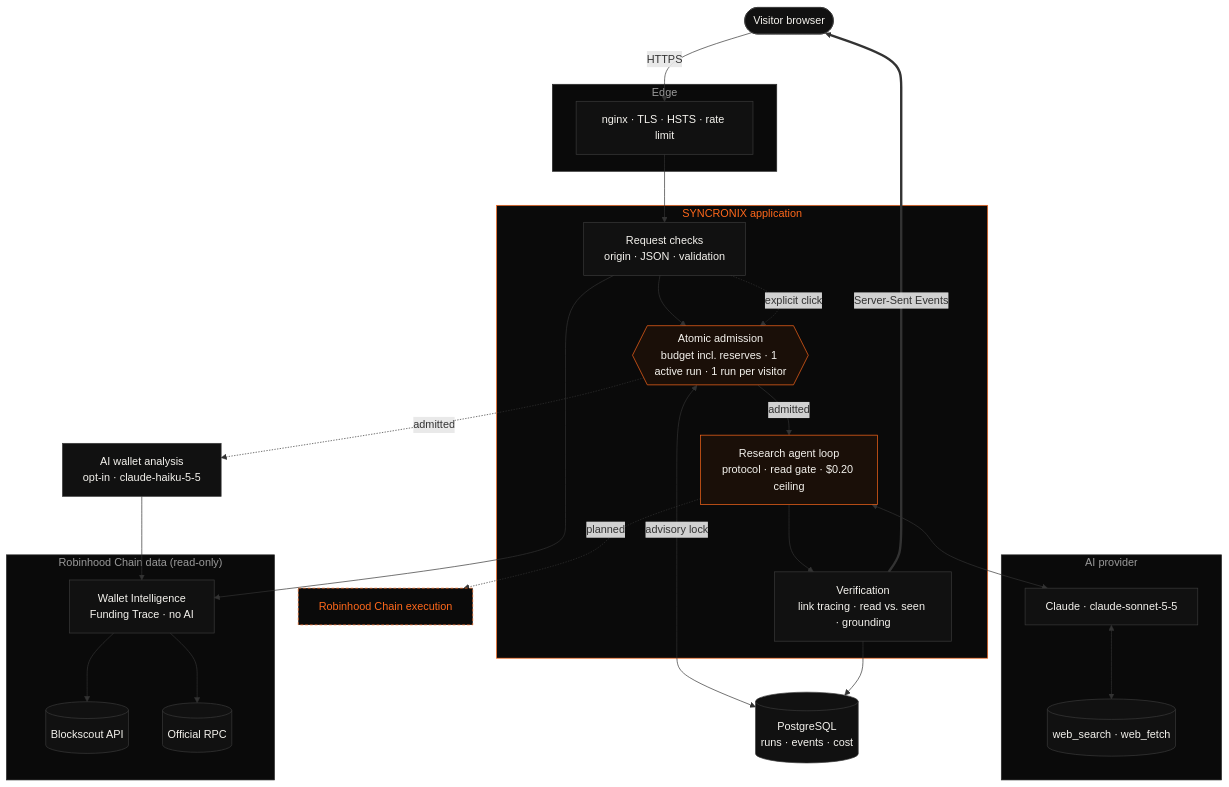
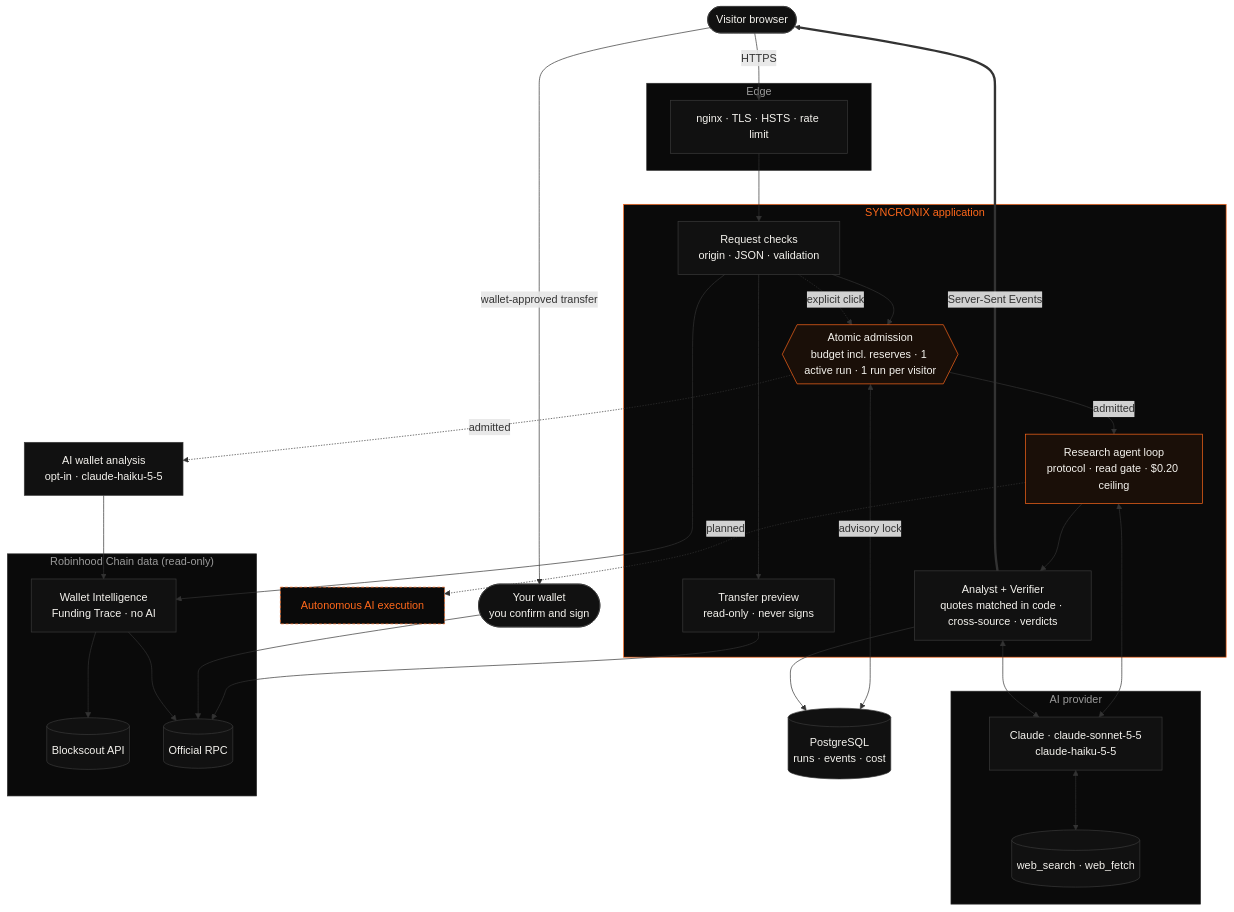
Before and after one commit to SyncronixLabs/SyncronixLabs: the first of 3 diagrams in README.md, drawn with Mermaid. The commit also changed other lines of this file and 1 other file, not shown here.

Commit message:
Profile: whitepaper and getting-started links, verified milestones, updated diagrams, security policy

````diff
--- a/README.md
+++ b/README.md
@@ -132,46 +136,51 @@
 ```mermaid
 flowchart TB
     U(["Visitor browser"])
     subgraph EDGE["Edge"]
       N["nginx · TLS · HSTS · rate limit"]
     end
     subgraph APP["SYNCRONIX application"]
       A["Request checks<br/>origin · JSON · validation"]
       G{{"Atomic admission<br/>budget incl. reserves · 1 active run · 1 run per visitor"}}
       R["Research agent loop<br/>protocol · read gate · $0.20 ceiling"]
-      V["Verification<br/>link tracing · read vs. seen · grounding"]
+      V["Analyst + Verifier<br/>quotes matched in code · cross-source · verdicts"]
+      X["Transfer preview<br/>read-only · never signs"]
     end
     subgraph AI["AI provider"]
-      C["Claude · claude-sonnet-5-5"]
+      C["Claude · claude-sonnet-5-5<br/>claude-haiku-5-5"]
       W[("web_search · web_fetch")]
     end
     P[("PostgreSQL<br/>runs · events · cost")]
     subgraph CHAIN["Robinhood Chain data (read-only)"]
       WI["Wallet Intelligence<br/>Funding Trace · no AI"]
       IX[("Blockscout API")]
       RPC[("Official RPC")]
     end
     WA["AI wallet analysis<br/>opt-in · claude-haiku-5-5"]
-    E["Robinhood Chain execution"]:::planned
+    UW(["Your wallet<br/>you confirm and sign"])
+    E["Autonomous AI execution"]:::planned
 
     U -->|"HTTPS"| N --> A --> G
     G <-->|"advisory lock"| P
     G -->|"admitted"| R
     R <--> C <--> W
     R --> V --> P
+    V <--> C
+    A --> X --> RPC
+    U -->|"wallet-approved transfer"| UW --> RPC
     V ==>|"Server-Sent Events"| U
     R -. "planned" .-> E
     A --> WI
     WI --> IX & RPC
     A -. "explicit click" .-> G -. "admitted" .-> WA
     WA --> WI
 
     classDef default fill:#111111,stroke:#3a3a3a,color:#F5F3EE
     classDef planned fill:#0A0A0A,stroke:#FF681B,color:#FF681B,stroke-dasharray:4 3
     style G fill:#1a0f08,stroke:#FF681B,color:#F5F3EE
     style R fill:#1a0f08,stroke:#FF681B,color:#F5F3EE
     style EDGE fill:#0A0A0A,stroke:#2a2a2a,color:#9a9a9a
     style APP fill:#0A0A0A,stroke:#FF681B,color:#FF681B
     style AI fill:#0A0A0A,stroke:#2a2a2a,color:#9a9a9a
     style CHAIN fill:#0A0A0A,stroke:#2a2a2a,color:#9a9a9a
 ```
````
